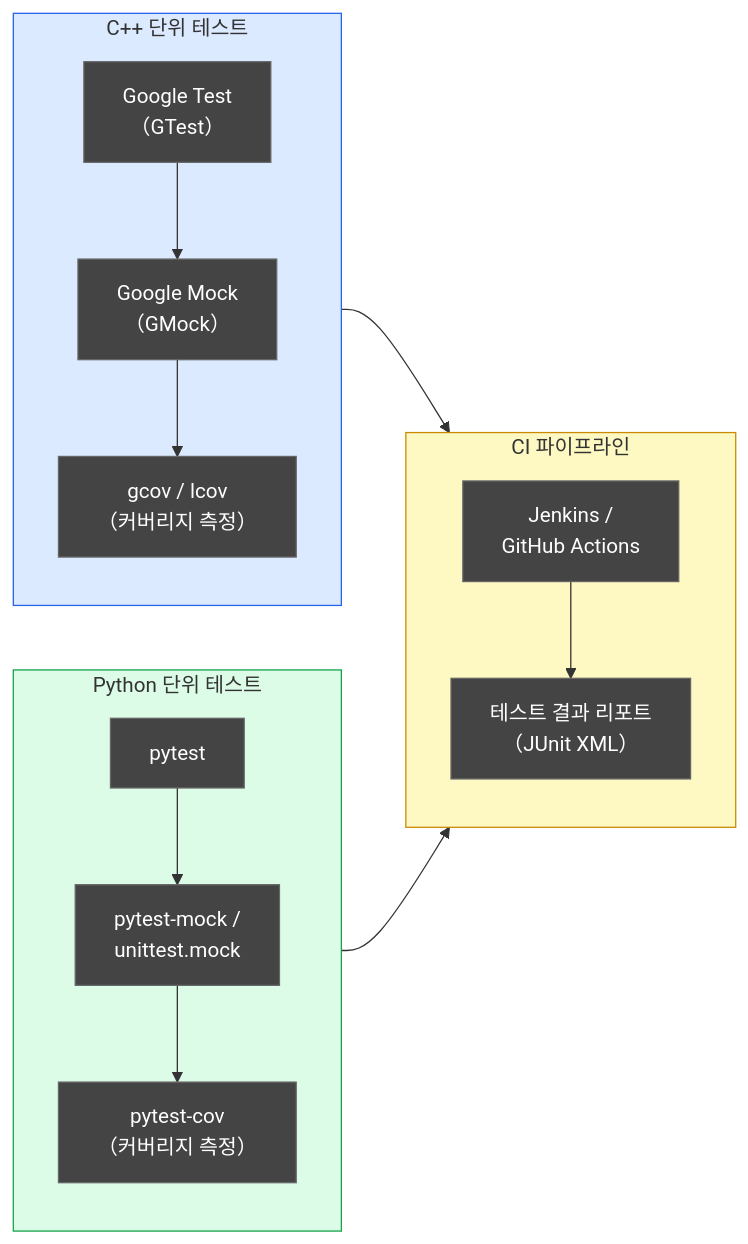
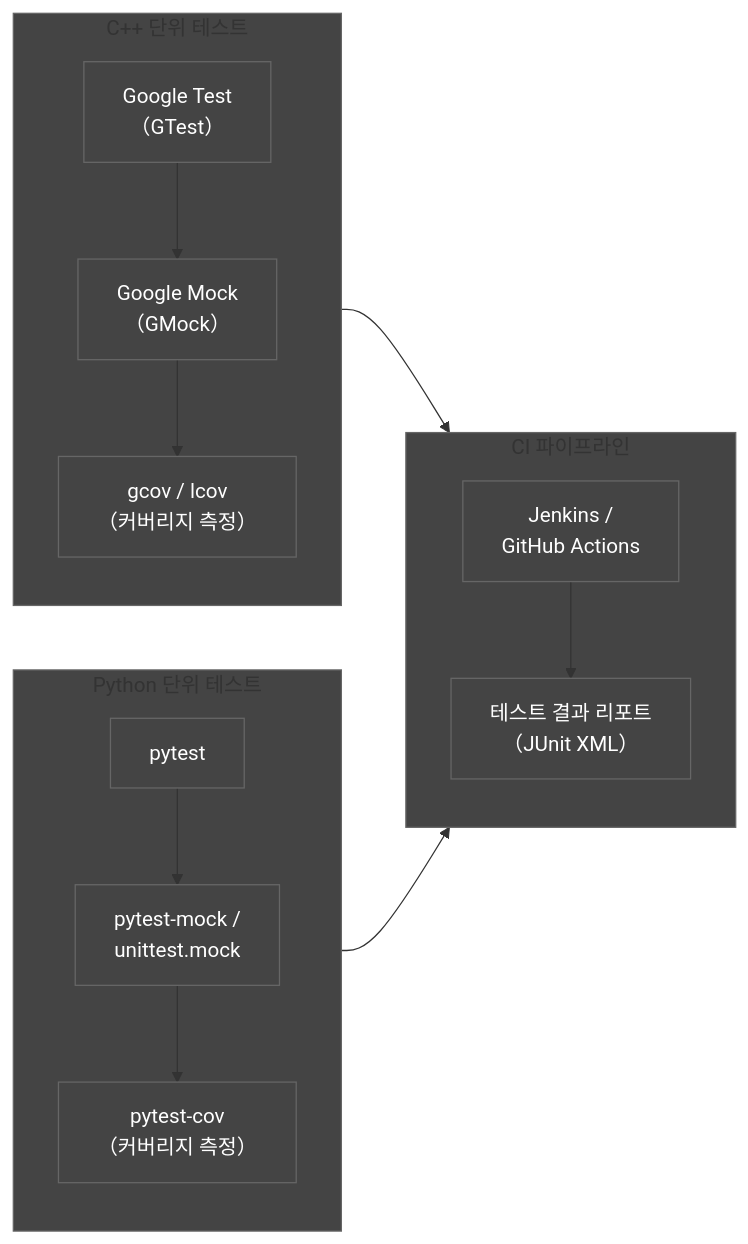
One commit to holee9/console-gui changed the fourth of 11 diagrams in docs/verification/DOC-011_VV_Master_Plan_v1.0.md. Above: the diagram before and after it, drawn with Mermaid. The commit also changed other lines of this file and 35 other files, not shown here.

First line of the commit message:
fix: 전체 Mermaid 차트 색상 진한 회색 통일

````diff
--- a/docs/verification/DOC-011_VV_Master_Plan_v1.0.md
+++ b/docs/verification/DOC-011_VV_Master_Plan_v1.0.md
@@ -295,32 +295,32 @@
 ```mermaid
 flowchart LR
     classDef default fill:#444,stroke:#666,color:#fff
     subgraph CPP["C++ 단위 테스트"]
         GT["Google Test\n（GTest）"]
         GM["Google Mock\n（GMock）"]
         GC["gcov / lcov\n（커버리지 측정）"]
         GT --> GM
         GM --> GC
     end
 
     subgraph PY["Python 단위 테스트"]
         PT["pytest"]
         PMK["pytest-mock /\nunittest.mock"]
         COV["pytest-cov\n（커버리지 측정）"]
         PT --> PMK
         PMK --> COV
     end
 
     subgraph CI["CI 파이프라인"]
         JK["Jenkins /\nGitHub Actions"]
         RP["테스트 결과 리포트\n（JUnit XML）"]
         JK --> RP
     end
 
     CPP --> CI
     PY --> CI
 
-    style CPP fill:#dbeafe,stroke:#2563eb
-    style PY fill:#dcfce7,stroke:#16a34a
-    style CI fill:#fef9c3,stroke:#ca8a04
+    style CPP fill:#444,stroke:#666
+    style PY fill:#444,stroke:#666
+    style CI fill:#444,stroke:#666
 ```
````
